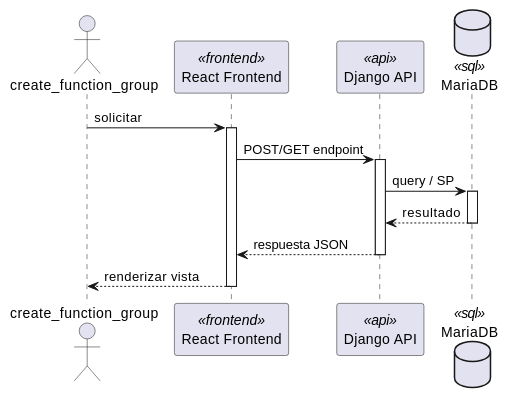
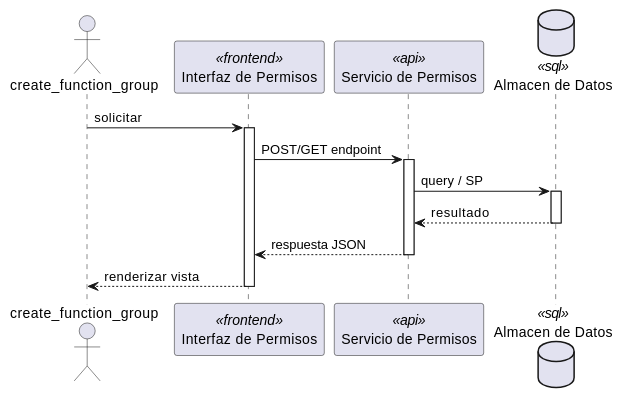
Before and after one commit to jcg-admin/IACT-docs: the first of 2 diagrams in source/arquitectura-tecnica/DesignView/perm-05.rst, drawn with PlantUML. The commit also changed other lines of this file and 243 other files, not shown here.

First line of the commit message:
Add missing diagrams and fix participant names across Kruchten views

```diff
--- a/source/arquitectura-tecnica/DesignView/perm-05.rst
+++ b/source/arquitectura-tecnica/DesignView/perm-05.rst
@@ -22,28 +22,28 @@
 .. uml::
  :caption: UC_PERM_05 — Design View (secuencia)
 
  @startuml
 
  actor "create_function_group" as create_function_group
- participant "React Frontend" as Frontend <<frontend>>
- participant "Django API" as APIServer <<api>>
- database "MariaDB" as BaseDatos <<sql>>
+ participant "Interfaz de Permisos" as Iface <<frontend>>
+ participant "Servicio de Permisos" as SvcNode <<api>>
+ database "Almacen de Datos" as Store <<sql>>
 
- create_function_group -> Frontend : solicitar
- activate Frontend
+ create_function_group -> Iface : solicitar
+ activate Iface
 
- Frontend -> APIServer : POST/GET endpoint
- activate APIServer
+ Iface -> SvcNode : POST/GET endpoint
+ activate SvcNode
 
- APIServer -> BaseDatos : query / SP
- activate BaseDatos
- BaseDatos --> APIServer : resultado
- deactivate BaseDatos
+ SvcNode -> Store : query / SP
+ activate Store
+ Store --> SvcNode : resultado
+ deactivate Store
 
- APIServer --> Frontend : respuesta JSON
- deactivate APIServer
+ SvcNode --> Iface : respuesta JSON
+ deactivate SvcNode
 
- Frontend --> create_function_group : renderizar vista
- deactivate Frontend
+ Iface --> create_function_group : renderizar vista
+ deactivate Iface
 
  @enduml
```
